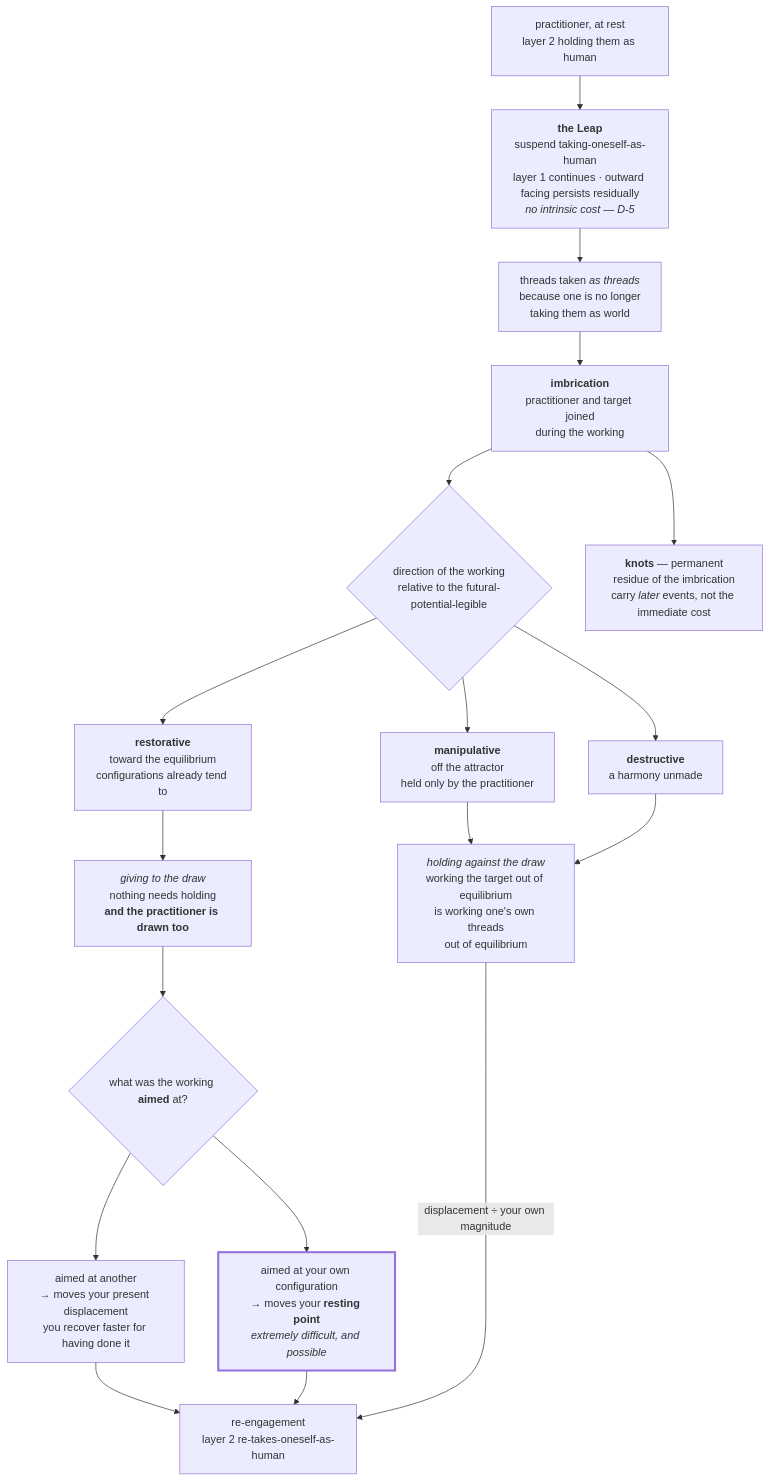
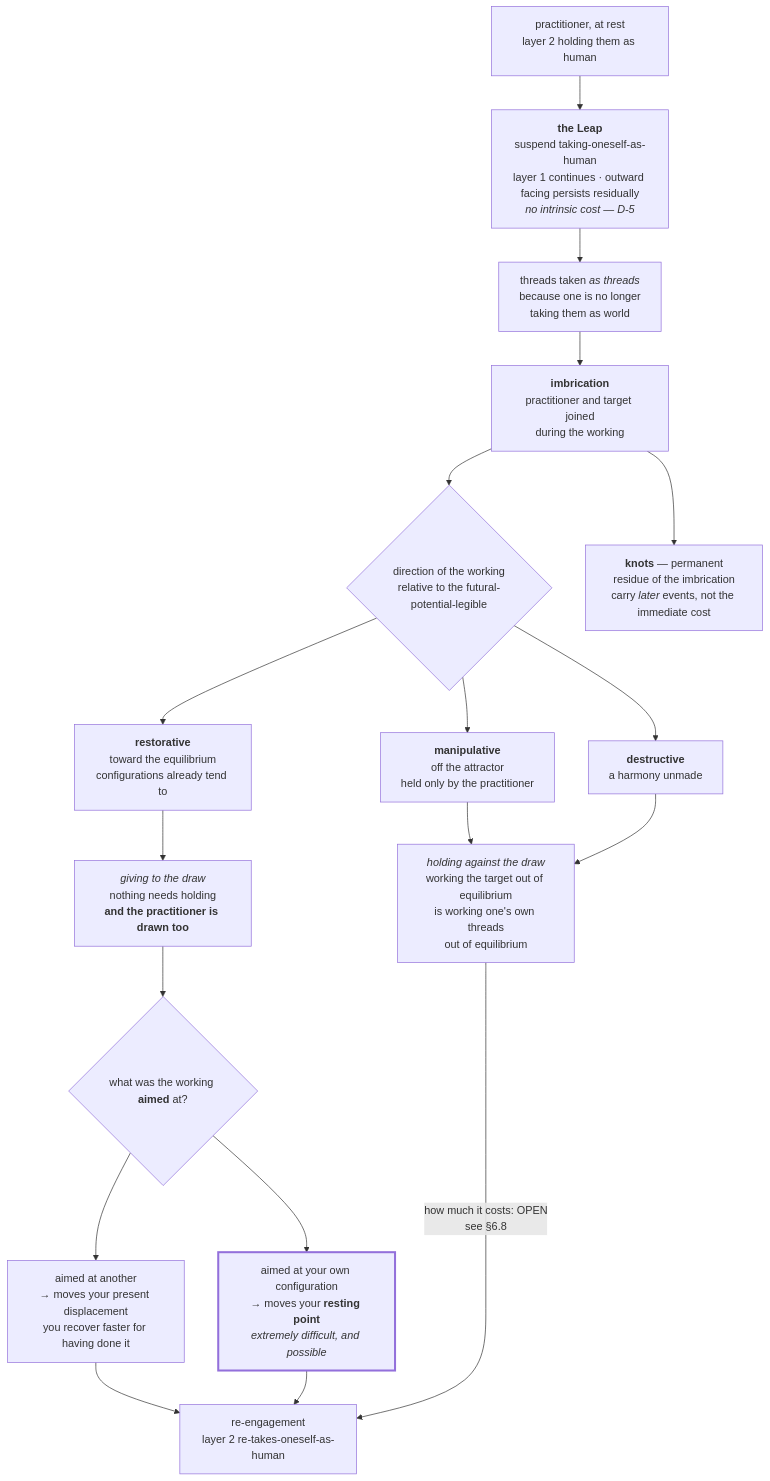
The third of 8 diagrams in canon/philosophy/DIAGRAM.md (jordanelias/ttrpg), drawn with Mermaid before and after one commit. The commit also changed other lines of this file and 5 other files, not shown here.

````diff
--- a/canon/philosophy/DIAGRAM.md
+++ b/canon/philosophy/DIAGRAM.md
@@ -79,32 +79,32 @@
 ```mermaid
 flowchart TD
     A["practitioner, at rest<br/>layer 2 holding them as human"]
     B["<b>the Leap</b><br/>suspend taking-oneself-as-human<br/>layer 1 continues · outward facing persists residually<br/><i>no intrinsic cost — D-5</i>"]
     C["threads taken <i>as threads</i><br/>because one is no longer<br/>taking them as world"]
     D["<b>imbrication</b><br/>practitioner and target joined<br/>during the working"]
     E{"direction of the working<br/>relative to the futural-potential-legible"}
     F["<b>restorative</b><br/>toward the equilibrium<br/>configurations already tend to"]
     G["<b>manipulative</b><br/>off the attractor<br/>held only by the practitioner"]
     H["<b>destructive</b><br/>a harmony unmade"]
     I["<i>giving to the draw</i><br/>nothing needs holding<br/><b>and the practitioner is drawn too</b>"]
     J["<i>holding against the draw</i><br/>working the target out of equilibrium<br/>is working one's own threads<br/>out of equilibrium"]
     M{"what was the working <b>aimed</b> at?"}
     N["aimed at another<br/>→ moves your present displacement<br/>you recover faster for having done it"]
     O["aimed at your own configuration<br/>→ moves your <b>resting point</b><br/><i>extremely difficult, and possible</i>"]
     K["<b>knots</b> — permanent<br/>residue of the imbrication<br/>carry <i>later</i> events, not the immediate cost"]
     L["re-engagement<br/>layer 2 re-takes-oneself-as-human"]
 
     A --> B --> C --> D --> E
     E --> F --> I
     E --> G --> J
     E --> H --> J
     I --> M
     M --> N
     M --> O
     N --> L
     O --> L
-    J -->|"displacement ÷ your own magnitude"| L
+    J -->|"how much it costs: OPEN<br/>see §6.8"| L
     D --> K
 
     style O stroke-width:3px
 ```
````
